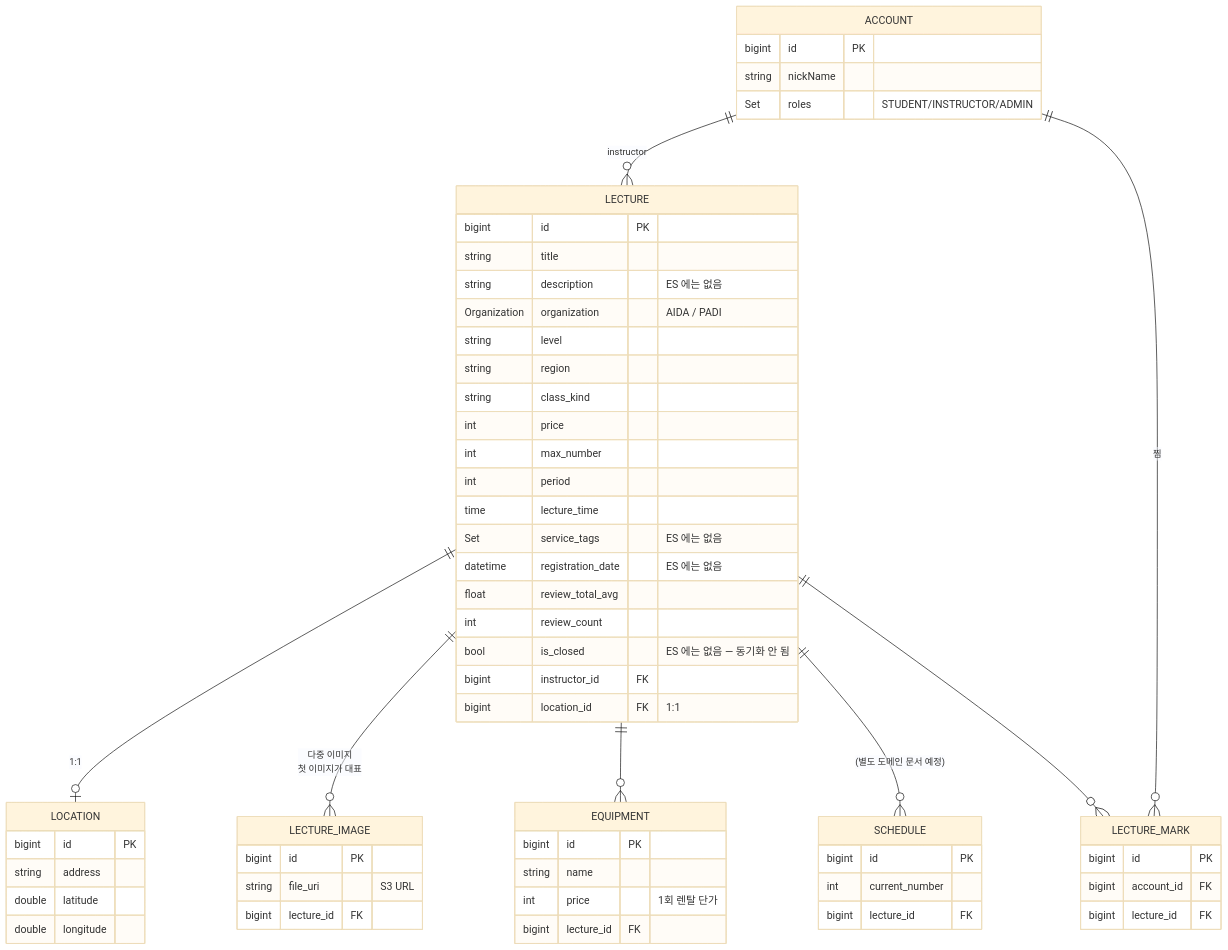
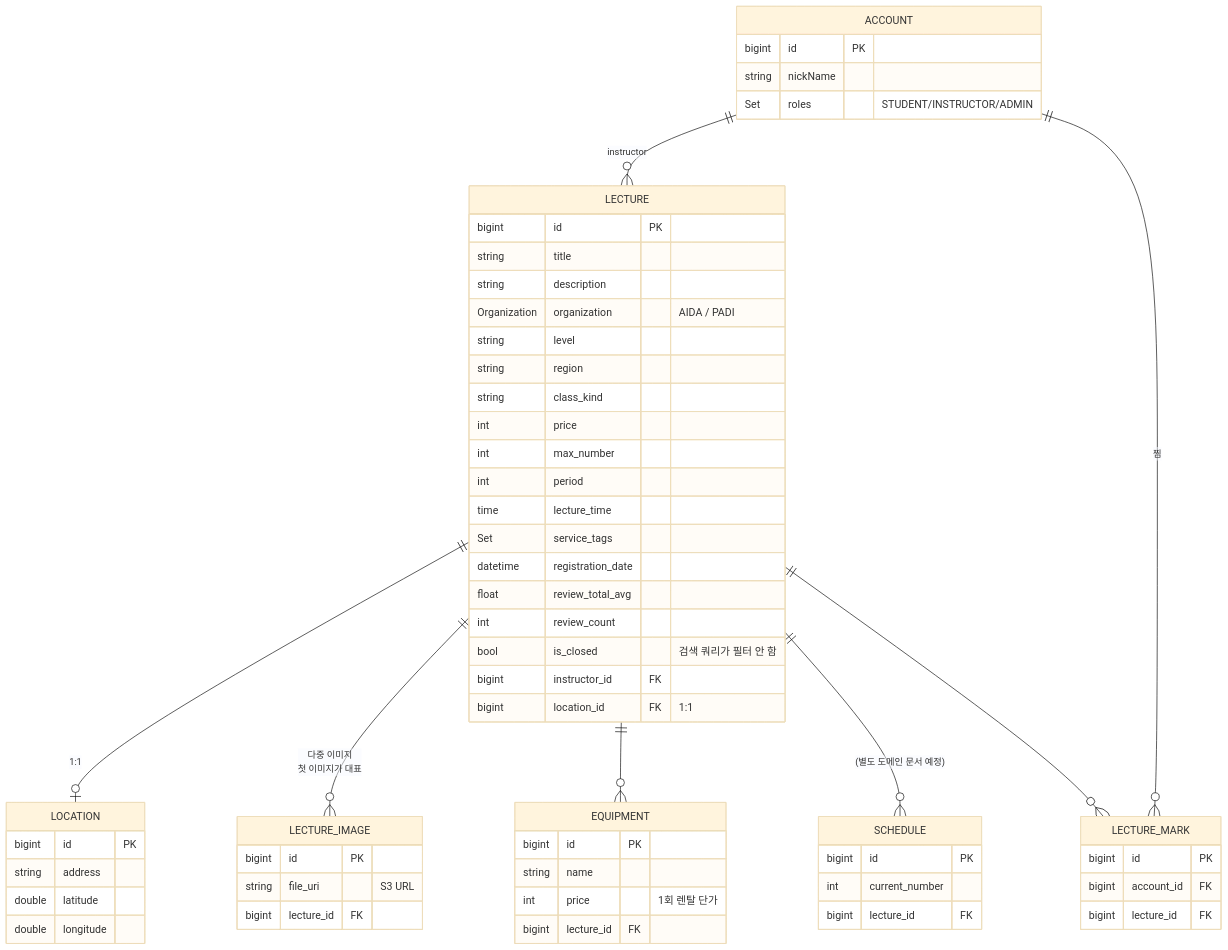
One commit to pungdong/Pungdong-Backend changed the eighth of 8 diagrams in docs/architecture/lecture.md. Above: the diagram before and after it, drawn with Mermaid (base theme). The commit also changed other lines of this file and 7 other files, not shown here.

````diff
--- a/docs/architecture/lecture.md
+++ b/docs/architecture/lecture.md
@@ -282,63 +255,63 @@
 ```mermaid
 erDiagram
     ACCOUNT {
         bigint id PK
         string nickName
         Set roles "STUDENT/INSTRUCTOR/ADMIN"
     }
     LECTURE {
         bigint id PK
         string title
-        string description "ES 에는 없음"
+        string description
         Organization organization "AIDA / PADI"
         string level
         string region
         string class_kind
         int price
         int max_number
         int period
         time lecture_time
-        Set service_tags "ES 에는 없음"
-        datetime registration_date "ES 에는 없음"
+        Set service_tags
+        datetime registration_date
         float review_total_avg
         int review_count
-        bool is_closed "ES 에는 없음 — 동기화 안 됨"
+        bool is_closed "검색 쿼리가 필터 안 함"
         bigint instructor_id FK
         bigint location_id FK "1:1"
     }
     SCHEDULE {
         bigint id PK
         int current_number
         bigint lecture_id FK
     }
     LECTURE_IMAGE {
         bigint id PK
         string file_uri "S3 URL"
         bigint lecture_id FK
     }
     LOCATION {
         bigint id PK
         string address
         double latitude
         double longitude
     }
     EQUIPMENT {
         bigint id PK
         string name
         int price "1회 렌탈 단가"
         bigint lecture_id FK
     }
     LECTURE_MARK {
         bigint id PK
         bigint account_id FK
         bigint lecture_id FK
     }
 
     ACCOUNT ||--o{ LECTURE : "instructor"
     ACCOUNT ||--o{ LECTURE_MARK : "찜"
     LECTURE ||--o| LOCATION : "1:1"
     LECTURE ||--o{ LECTURE_IMAGE : "다중 이미지<br/>첫 이미지가 대표"
     LECTURE ||--o{ EQUIPMENT : ""
     LECTURE ||--o{ SCHEDULE : "(별도 도메인 문서 예정)"
     LECTURE ||--o{ LECTURE_MARK : ""
 ```
````
